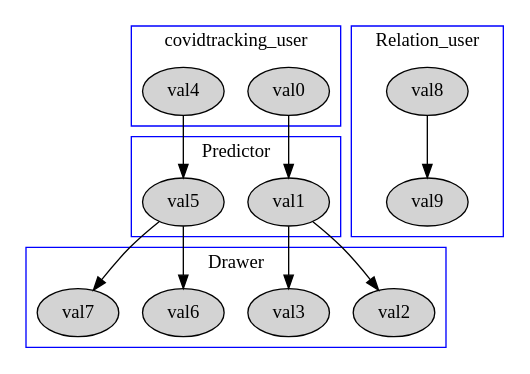
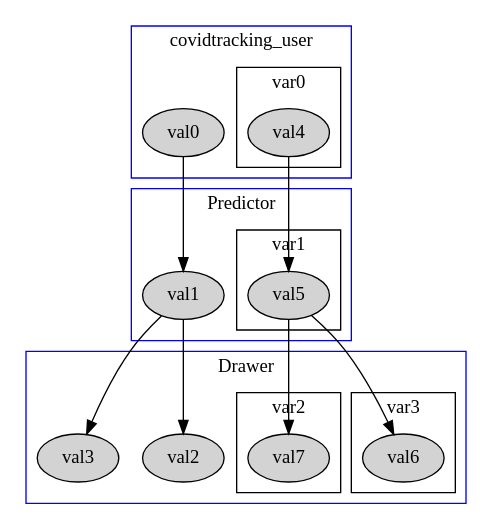
One commit to mikecafarella/KNP changed the diagram in vis.gv. Above: the diagram before and after it, drawn with Graphviz. The commit also changed 15 other files, not shown here.

```diff
--- a/vis.gv
+++ b/vis.gv
@@ -1,39 +1,51 @@
 digraph G {
 subgraph clusterusr_0_4_ {
 node [style=filled];
 color=blue;
 label=covidtracking_user;
 val0;
+subgraph clustervar_4_ {
+node [style=filled];
+color=black;
+label=var0;
 val4;
+}
 }
 subgraph clusterusr_1_5_ {
 node [style=filled];
 color=blue;
 label=Predictor;
 val1;
+subgraph clustervar_5_ {
+node [style=filled];
+color=black;
+label=var1;
 val5;
+}
 }
 subgraph clusterusr_2_3_6_7_ {
 node [style=filled];
 color=blue;
 label=Drawer;
 val2;
 val3;
+subgraph clustervar_6_ {
+node [style=filled];
+color=black;
+label=var3;
 val6;
+}
+subgraph clustervar_7_ {
+node [style=filled];
+color=black;
+label=var2;
 val7;
 }
-subgraph clusterusr_8_9_ {
-node [style=filled];
-color=blue;
-label=Relation_user;
-val8;
-val9;
 }
 val0 -> val1;
 val1 -> val2;
 val1 -> val3;
 val4 -> val5;
 val5 -> val6;
 val5 -> val7;
-val8 -> val9;
 }
```
